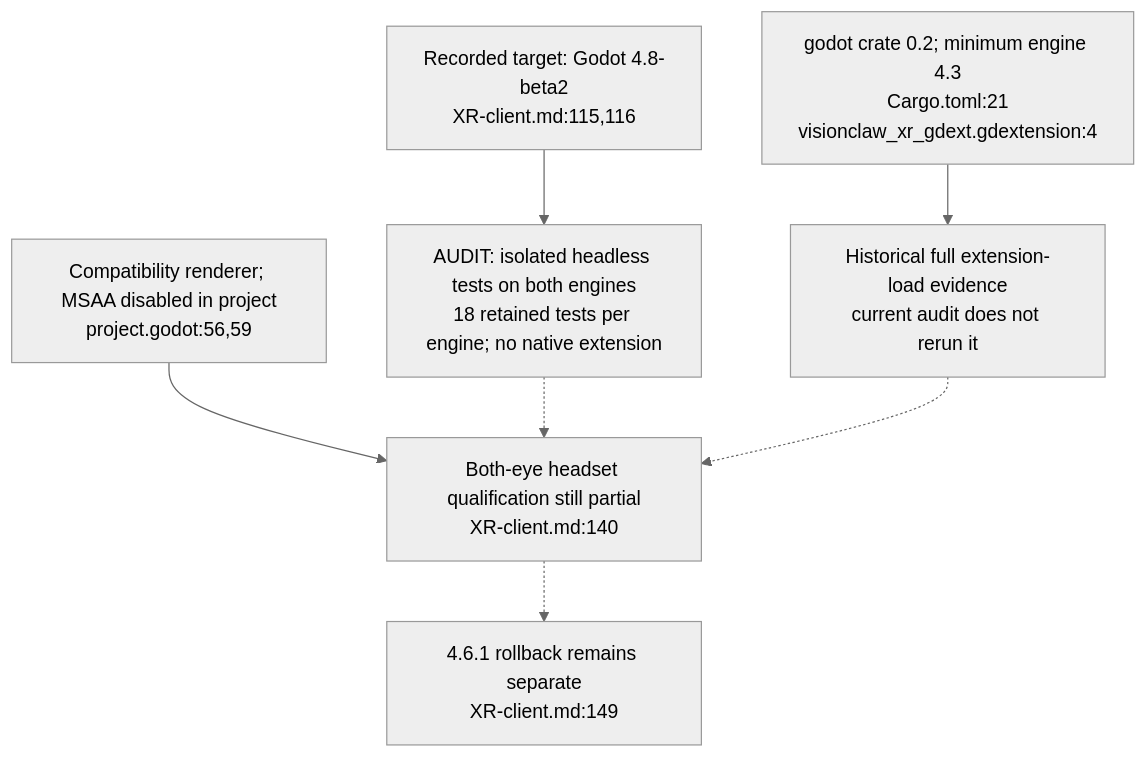
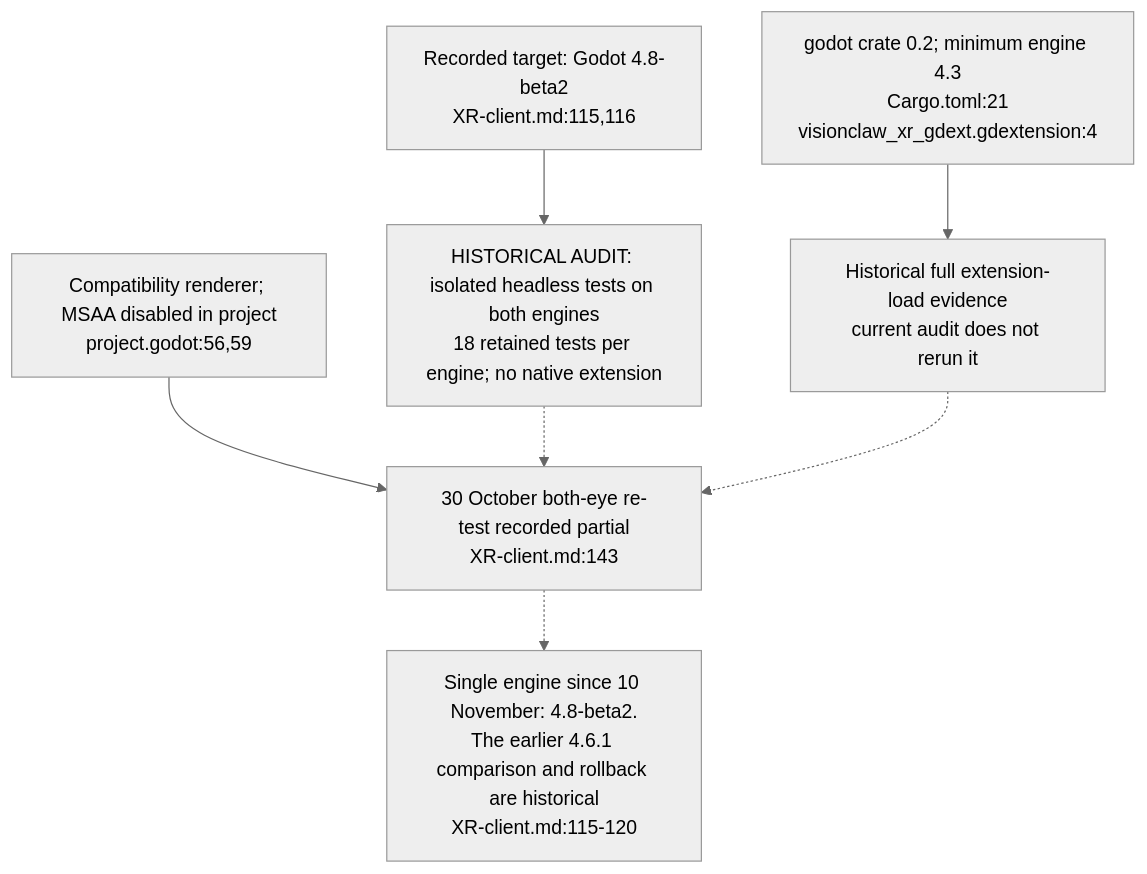
One commit to DreamLab-AI/VisionFlow changed the fourth of 8 diagrams in docs/diagrams/visionclaw/51-xr-visual-budget-and-engine-gates.md. Above: the diagram before and after it, drawn with Mermaid (neutral theme). The commit also changed other lines of this file and 24 other files, not shown here.

Commit message:
docs: align XR liveness, filtering and rendering diagrams (#33)

````diff
--- a/docs/diagrams/visionclaw/51-xr-visual-budget-and-engine-gates.md
+++ b/docs/diagrams/visionclaw/51-xr-visual-budget-and-engine-gates.md
@@ -95,10 +95,10 @@
 ```mermaid
 flowchart TD
-    TARGET["Recorded target: Godot 4.8-beta2<br/>XR-client.md:115,116"] --> CONTROLLER["AUDIT: isolated headless tests on both engines<br/>18 retained tests per engine; no native extension"]
-    ROLLBACK["4.6.1 rollback remains separate<br/>XR-client.md:149"]
+    TARGET["Recorded target: Godot 4.8-beta2<br/>XR-client.md:115,116"] --> CONTROLLER["HISTORICAL AUDIT: isolated headless tests on both engines<br/>18 retained tests per engine; no native extension"]
+    ROLLBACK["Single engine since 10 November: 4.8-beta2.<br/>The earlier 4.6.1 comparison and rollback are historical<br/>XR-client.md:115-120"]
     API["godot crate 0.2; minimum engine 4.3<br/>Cargo.toml:21<br/>visionclaw_xr_gdext.gdextension:4"] --> LOAD["Historical full extension-load evidence<br/>current audit does not rerun it"]
-    RENDER["Compatibility renderer; MSAA disabled in project<br/>project.godot:56,59"] --> STEREO["Both-eye headset qualification still partial<br/>XR-client.md:140"]
+    RENDER["Compatibility renderer; MSAA disabled in project<br/>project.godot:56,59"] --> STEREO["30 October both-eye re-test recorded partial<br/>XR-client.md:143"]
     CONTROLLER -.-> STEREO
     LOAD -.-> STEREO
     STEREO -.-> ROLLBACK
 ```
````
